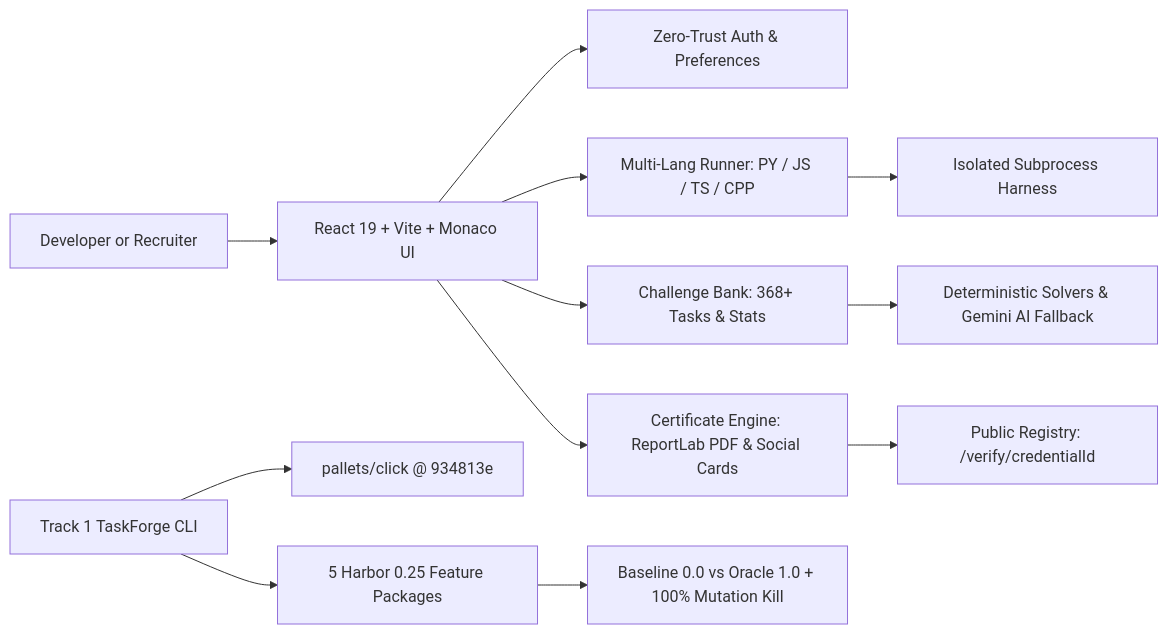
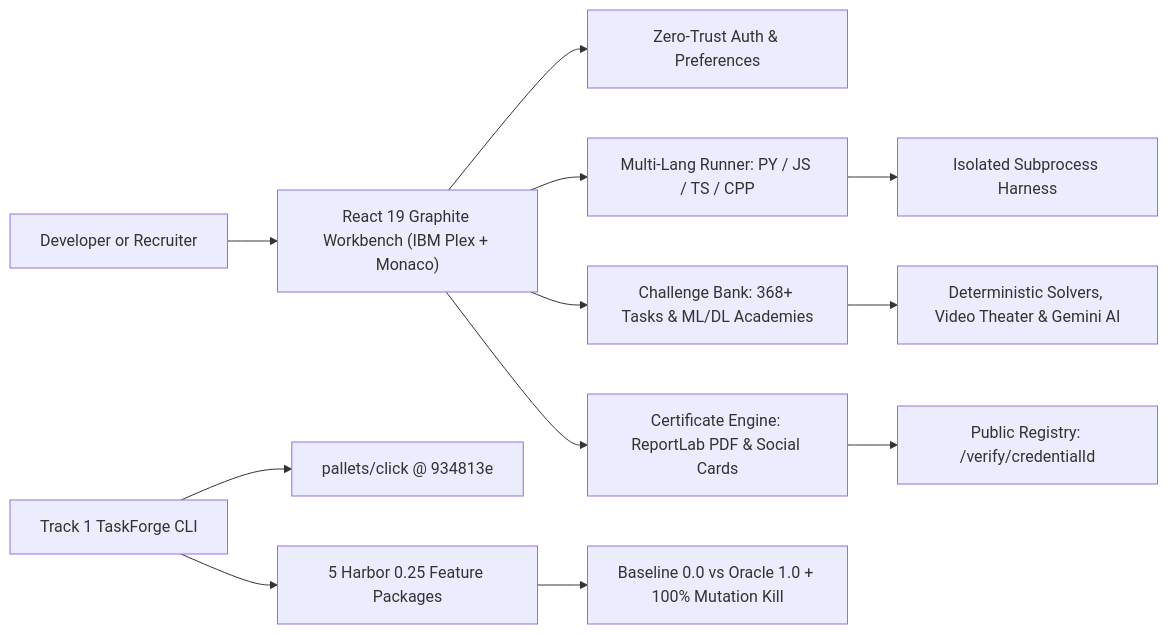
One commit to Ranjeet7680/AI-Powered-Coding-Challenge-Developer-Assessment-Platform changed the diagram in wiki/Home.md. Above: the diagram before and after it, drawn with Mermaid. The commit also changed other lines of this file and 8 other files, not shown here.

Commit message:
docs(readme,wiki): update documentation, SVG headers, and architecture wiki

````diff
--- a/wiki/Home.md
+++ b/wiki/Home.md
@@ -27,16 +27,16 @@
 ```mermaid
 flowchart LR
-  User["Developer or Recruiter"] --> Frontend["React 19 + Vite + Monaco UI"]
+  User["Developer or Recruiter"] --> Frontend["React 19 Graphite Workbench (IBM Plex + Monaco)"]
   Frontend --> AuthAPI["Zero-Trust Auth & Preferences"]
   Frontend --> SandboxAPI["Multi-Lang Runner: PY / JS / TS / CPP"]
-  Frontend --> BankAPI["Challenge Bank: 368+ Tasks & Stats"]
+  Frontend --> BankAPI["Challenge Bank: 368+ Tasks & ML/DL Academies"]
   Frontend --> CertAPI["Certificate Engine: ReportLab PDF & Social Cards"]
 
   SandboxAPI --> Proc["Isolated Subprocess Harness"]
-  BankAPI --> Synth["Deterministic Solvers & Gemini AI Fallback"]
+  BankAPI --> Synth["Deterministic Solvers, Video Theater & Gemini AI"]
   CertAPI --> Verify["Public Registry: /verify/credentialId"]
 
   Harbor["Track 1 TaskForge CLI"] --> ClickBase["pallets/click @ 934813e"]
   Harbor --> Packages["5 Harbor 0.25 Feature Packages"]
   Packages --> Audit["Baseline 0.0 vs Oracle 1.0 + 100% Mutation Kill"]
 ```
````
